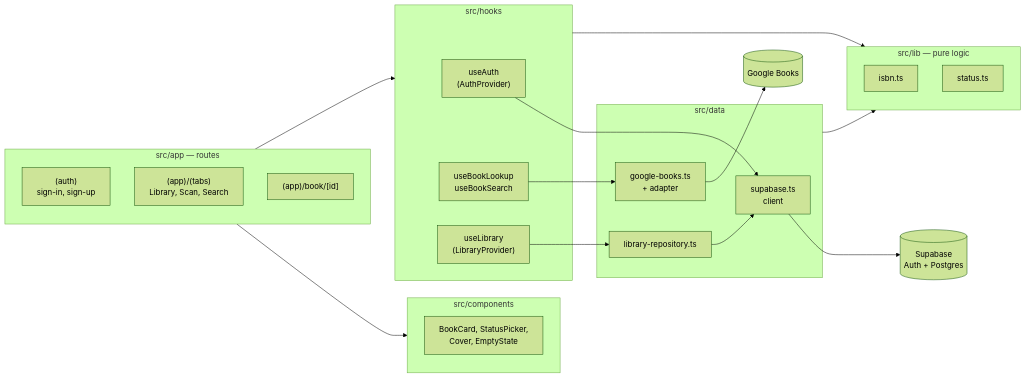
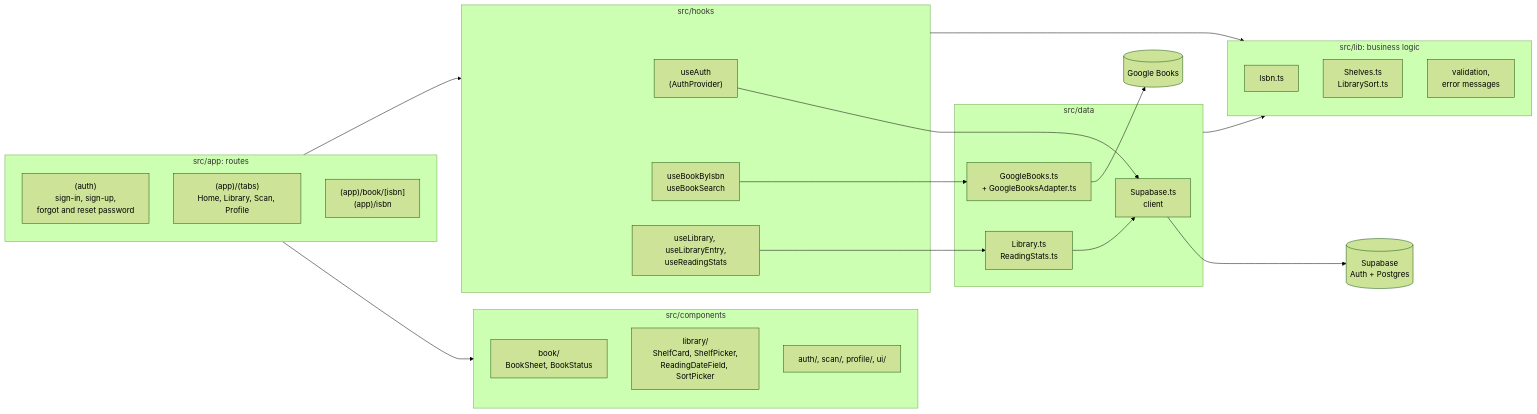
One commit to AlexandreRichert/ScannBook changed the diagram in README.md. Above: the diagram before and after it, drawn with Mermaid (forest theme). The commit also changed other lines of this file, not shown here.

Commit message:
docs(readme): match the architecture and team to the current code

````diff
--- a/README.md
+++ b/README.md
@@ -111,35 +114,38 @@
 ```mermaid
 flowchart LR
-  subgraph Routes["src/app — routes"]
-    Auth["(auth)<br/>sign-in, sign-up"]
-    Tabs["(app)/(tabs)<br/>Library, Scan, Search"]
-    Detail["(app)/book/[id]"]
+  subgraph Routes["src/app: routes"]
+    Auth["(auth)<br/>sign-in, sign-up,<br/>forgot and reset password"]
+    Tabs["(app)/(tabs)<br/>Home, Library, Scan, Profile"]
+    Detail["(app)/book/[isbn]<br/>(app)/isbn"]
   end
   subgraph UI["src/components"]
-    Cards["BookCard, StatusPicker,<br/>Cover, EmptyState"]
+    Book["book/<br/>BookSheet, BookStatus"]
+    Shelf["library/<br/>ShelfCard, ShelfPicker,<br/>ReadingDateField, SortPicker"]
+    Other["auth/, scan/, profile/, ui/"]
   end
   subgraph Hooks["src/hooks"]
     HA["useAuth<br/>(AuthProvider)"]
-    H1["useBookLookup<br/>useBookSearch"]
-    H2["useLibrary<br/>(LibraryProvider)"]
+    HB["useBookByIsbn<br/>useBookSearch"]
+    HL["useLibrary, useLibraryEntry,<br/>useReadingStats"]
   end
   subgraph Data["src/data"]
-    SB["supabase.ts<br/>client"]
-    GB["google-books.ts<br/>+ adapter"]
-    Repo["library-repository.ts"]
+    SB["Supabase.ts<br/>client"]
+    GB["GoogleBooks.ts<br/>+ GoogleBooksAdapter.ts"]
+    Repo["Library.ts<br/>ReadingStats.ts"]
   end
-  subgraph Lib["src/lib — pure logic"]
-    Isbn["isbn.ts"]
-    Status["status.ts"]
+  subgraph Lib["src/lib: business logic"]
+    Isbn["Isbn.ts"]
+    Shelves["Shelves.ts<br/>LibrarySort.ts"]
+    Rules["validation,<br/>error messages"]
   end
   Routes --> UI
   Routes --> Hooks
   HA --> SB
-  H2 --> Repo
+  HL --> Repo
   Repo --> SB
-  H1 --> GB
+  HB --> GB
   GB --> API[(Google Books)]
   SB --> Cloud[(Supabase<br/>Auth + Postgres)]
   Hooks --> Lib
   Data --> Lib
 ```
````
